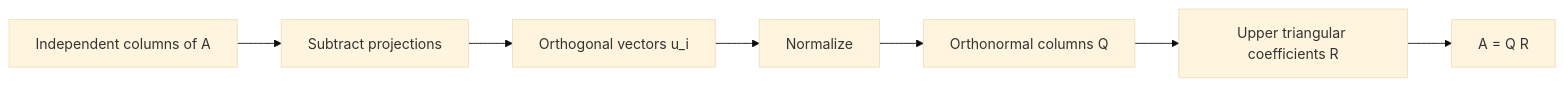
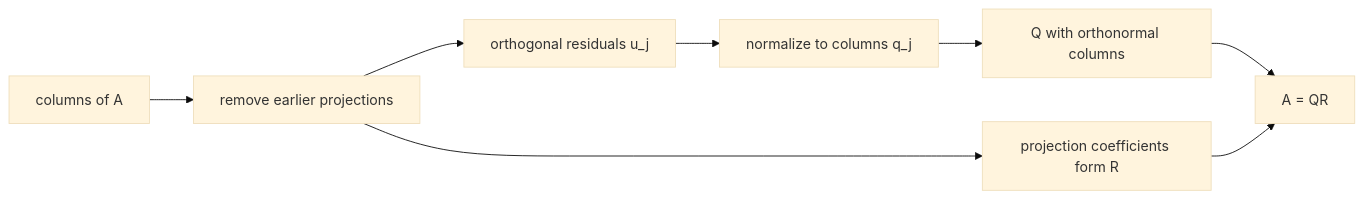
One commit to justinbrianhwang/SJ-wiki changed the diagram in docs/math/linear-algebra/orthogonality-qr-gram-schmidt.md. Above: the diagram before and after it, drawn with Mermaid (base theme). The commit also changed other lines of this file and 955 other files, not shown here.

````diff
--- a/docs/math/linear-algebra/orthogonality-qr-gram-schmidt.md
+++ b/docs/math/linear-algebra/orthogonality-qr-gram-schmidt.md
@@ -121,9 +203,10 @@
 ```mermaid
 flowchart LR
-  A["Independent columns of A"] --> B["Subtract projections"]
-  B --> C["Orthogonal vectors u_i"]
-  C --> D["Normalize"]
-  D --> E["Orthonormal columns Q"]
-  E --> F["Upper triangular coefficients R"]
-  F --> G["A = Q R"]
+  A["columns of A"] --> P["remove earlier projections"]
+  P --> U["orthogonal residuals u_j"]
+  U --> N["normalize to columns q_j"]
+  N --> Q["Q with orthonormal columns"]
+  P --> R["projection coefficients form R"]
+  Q --> F["A = QR"]
+  R --> F
 ```
````
